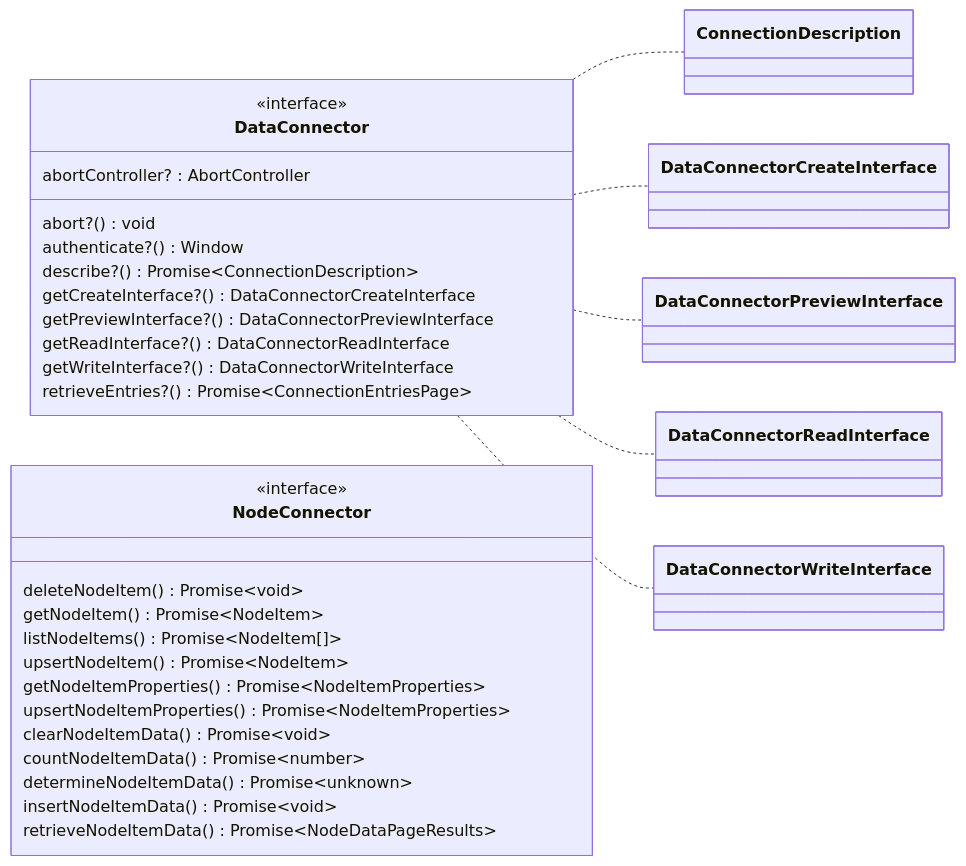
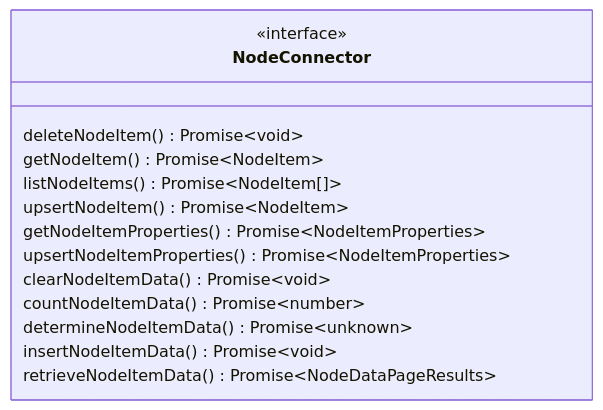
Before and after one commit to data-positioning/datapos-shared: the sixth of 14 diagrams in README.md, drawn with Mermaid. The commit also changed other lines of this file and 1 other file, not shown here.

````diff
--- a/README.md
+++ b/README.md
@@ -182,38 +210,19 @@
 ```mermaid
 classDiagram
     direction LR
-
-    class DataConnector {
-        <<interface>>
-        abortController? :  AbortController
-        abort?() void
-        authenticate?() Window
-        describe?() Promise~ConnectionDescription~
-        getCreateInterface?() DataConnectorCreateInterface
-        getPreviewInterface?() DataConnectorPreviewInterface
-        getReadInterface?() DataConnectorReadInterface
-        getWriteInterface?() DataConnectorWriteInterface
-        retrieveEntries?() Promise~ConnectionEntriesPage~
-    }
 
     class NodeConnector {
         <<interface>>
         deleteNodeItem() Promise~void~
         getNodeItem() Promise~NodeItem~
         listNodeItems() Promise~NodeItem[]~
         upsertNodeItem() Promise~NodeItem~
         getNodeItemProperties() Promise~NodeItemProperties~
         upsertNodeItemProperties() Promise~NodeItemProperties~
         clearNodeItemData() Promise~void~
         countNodeItemData() Promise~number~
         determineNodeItemData() Promise~unknown~
         insertNodeItemData() Promise~void~
         retrieveNodeItemData() Promise~NodeDataPageResults~
     }
-
-    DataConnector .. ConnectionDescription
-    DataConnector .. DataConnectorCreateInterface
-    DataConnector .. DataConnectorPreviewInterface
-    DataConnector .. DataConnectorReadInterface
-    DataConnector .. DataConnectorWriteInterface
 ```
````
